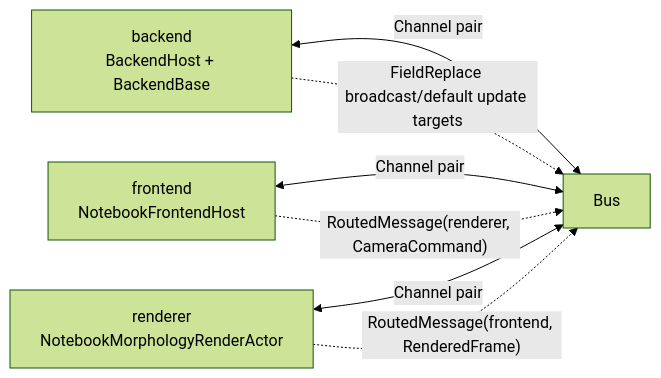
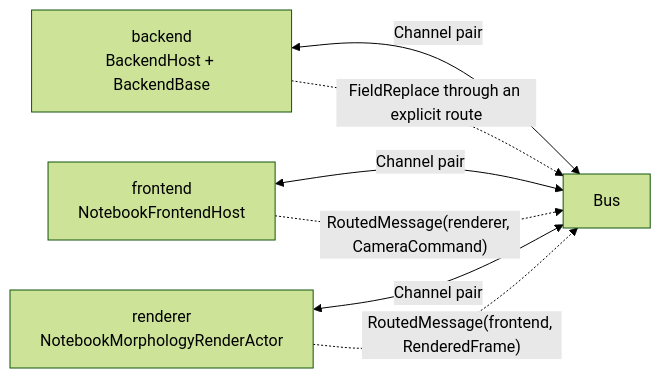
Before and after one commit to orrenravid1/CompNeuroVis: the seventh of 10 diagrams in architecture/design/host-channel-bus-transport.md, drawn with Mermaid (forest theme). The commit also changed other lines of this file and 66 other files, not shown here.

````diff
--- a/architecture/design/host-channel-bus-transport.md
+++ b/architecture/design/host-channel-bus-transport.md
@@ -247,15 +246,15 @@
 ```mermaid
 flowchart LR
     Backend["backend<br/>BackendHost + BackendBase"]
     Bus["Bus"]
     Notebook["frontend<br/>NotebookFrontendHost"]
     Renderer["renderer<br/>NotebookMorphologyRenderActor"]
 
     Backend <-- "Channel pair" --> Bus
     Notebook <-- "Channel pair" --> Bus
     Renderer <-- "Channel pair" --> Bus
 
-    Backend -. "FieldReplace broadcast/default update targets" .-> Bus
+    Backend -. "FieldReplace through an explicit route" .-> Bus
     Notebook -. "RoutedMessage(renderer, CameraCommand)" .-> Bus
     Renderer -. "RoutedMessage(frontend, RenderedFrame)" .-> Bus
 ```
````
